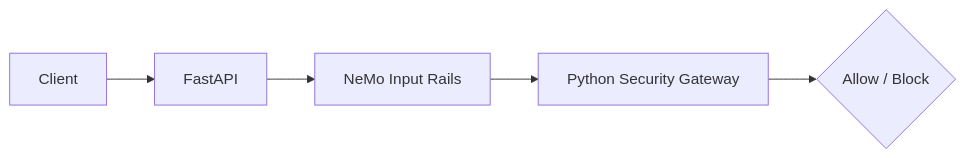
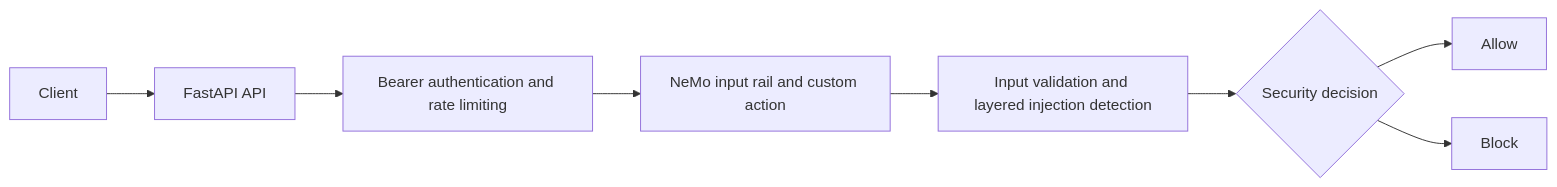
One commit to jemmie2025/llm-guardrails-security changed the diagram in README.md. Above: the diagram before and after it, drawn with Mermaid. The commit also changed other lines of this file, not shown here.

Commit message:
docs: enhance README with architecture and security evidence

````diff
--- a/README.md
+++ b/README.md
@@ -9,7 +22,10 @@
 ```mermaid
 flowchart LR
-    A[Client] --> B[FastAPI]
-    B --> C[NeMo Input Rails]
-    C --> D[Python Security Gateway]
-    D --> E{Allow / Block}
+    A[Client] --> B[FastAPI API]
+    B --> C[Bearer authentication and rate limiting]
+    C --> D[NeMo input rail and custom action]
+    D --> E[Input validation and layered injection detection]
+    E --> F{Security decision}
+    F --> G[Allow]
+    F --> H[Block]
 ```
````
